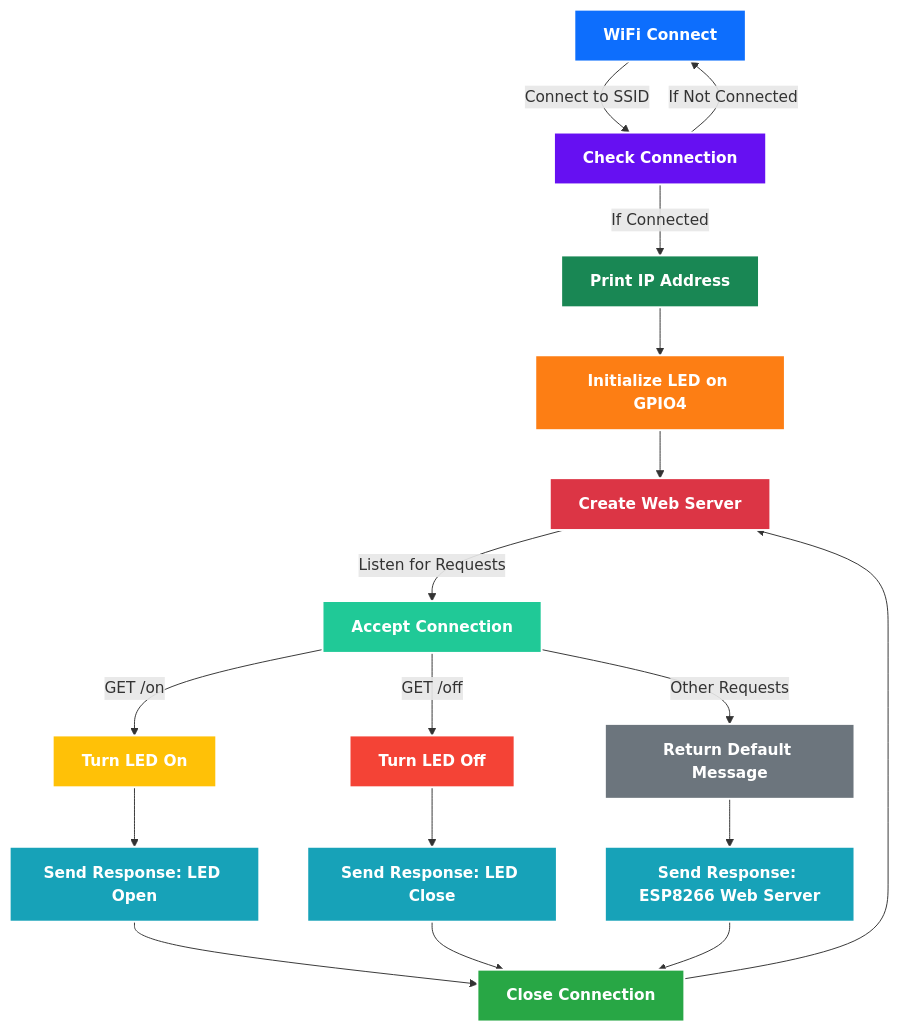
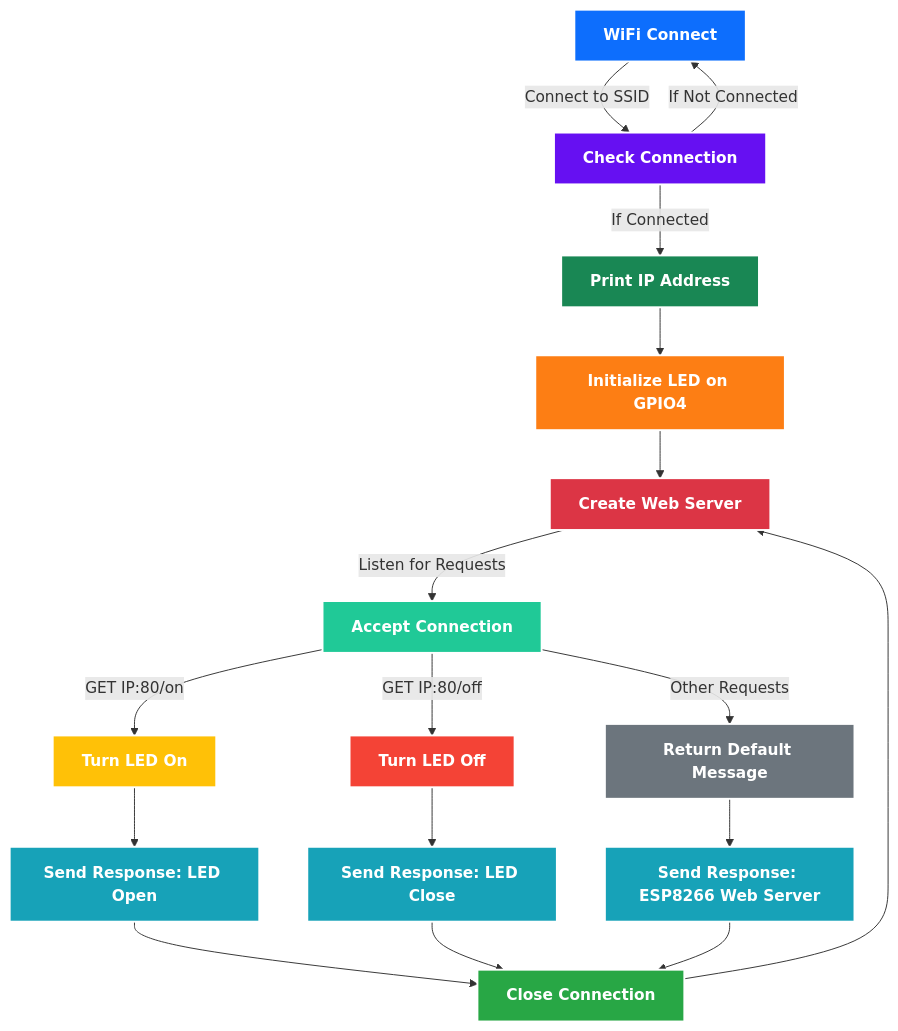
The diagram in local-wifi-led/README.md (hasankadirdemircan/esp-8266-py-codes), drawn with Mermaid before and after one commit. The commit also changed other lines of this file, not shown here.

````diff
--- a/local-wifi-led/README.md
+++ b/local-wifi-led/README.md
@@ -4,33 +4,34 @@
 ```mermaid
 graph TD;
     A[WiFi Connect] -->|Connect to SSID| B[Check Connection];
     B -->|If Connected| C[Print IP Address];
     B -->|If Not Connected| A;
     C --> D[Initialize LED on GPIO4];
     D --> E[Create Web Server];
     E -->|Listen for Requests| F[Accept Connection];
-    F -->|GET /on| G[Turn LED On];
-    F -->|GET /off| H[Turn LED Off];
+    F -->|"GET IP:80/on"| G[Turn LED On];
+    F -->|"GET IP:80/off"| H[Turn LED Off];
     F -->|Other Requests| I[Return Default Message];
     G --> J[Send Response: LED Open];
     H --> K[Send Response: LED Close];
     I --> L[Send Response: ESP8266 Web Server];
     J --> M[Close Connection];
     K --> M;
     L --> M;
     M --> E;
 
     style A fill:#0d6efd,stroke:#ffffff,stroke-width:2px,color:#ffffff,font-weight:bold;
     style B fill:#6610f2,stroke:#ffffff,stroke-width:2px,color:#ffffff,font-weight:bold;
     style C fill:#198754,stroke:#ffffff,stroke-width:2px,color:#ffffff,font-weight:bold;
     style D fill:#fd7e14,stroke:#ffffff,stroke-width:2px,color:#ffffff,font-weight:bold;
     style E fill:#dc3545,stroke:#ffffff,stroke-width:2px,color:#ffffff,font-weight:bold;
     style F fill:#20c997,stroke:#ffffff,stroke-width:2px,color:#ffffff,font-weight:bold;
     style G fill:#ffc107,stroke:#ffffff,stroke-width:2px,color:#ffffff,font-weight:bold;
     style H fill:#f44336,stroke:#ffffff,stroke-width:2px,color:#ffffff,font-weight:bold;
     style I fill:#6c757d,stroke:#ffffff,stroke-width:2px,color:#ffffff,font-weight:bold;
     style J fill:#17a2b8,stroke:#ffffff,stroke-width:2px,color:#ffffff,font-weight:bold;
     style K fill:#17a2b8,stroke:#ffffff,stroke-width:2px,color:#ffffff,font-weight:bold;
     style L fill:#17a2b8,stroke:#ffffff,stroke-width:2px,color:#ffffff,font-weight:bold;
     style M fill:#28a745,stroke:#ffffff,stroke-width:2px,color:#ffffff,font-weight:bold;
+
 ```
````
